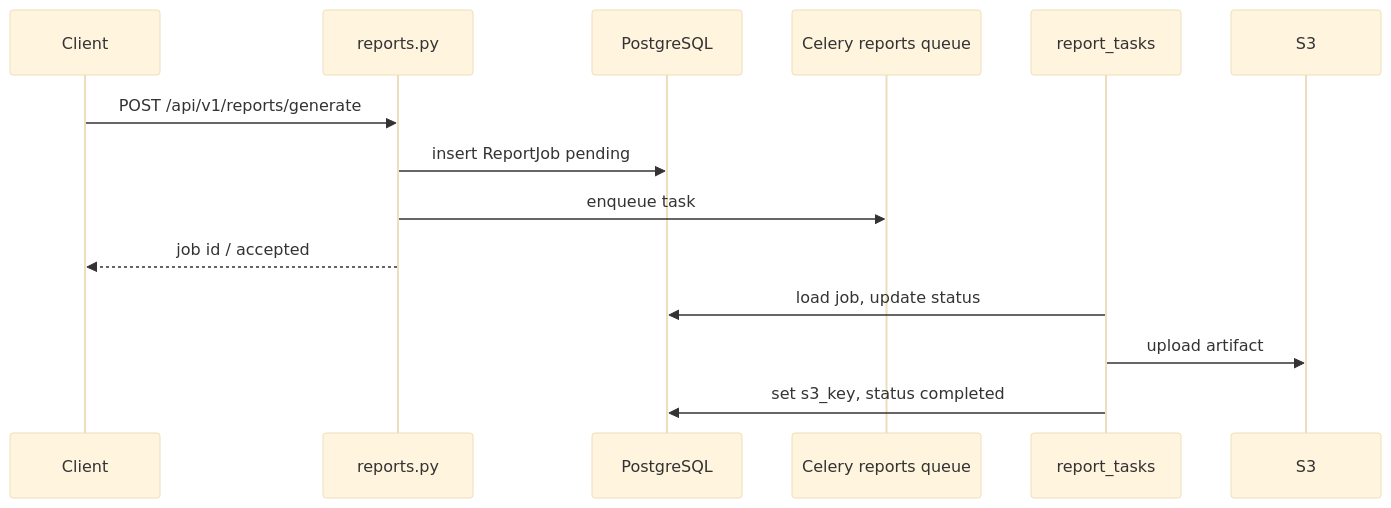
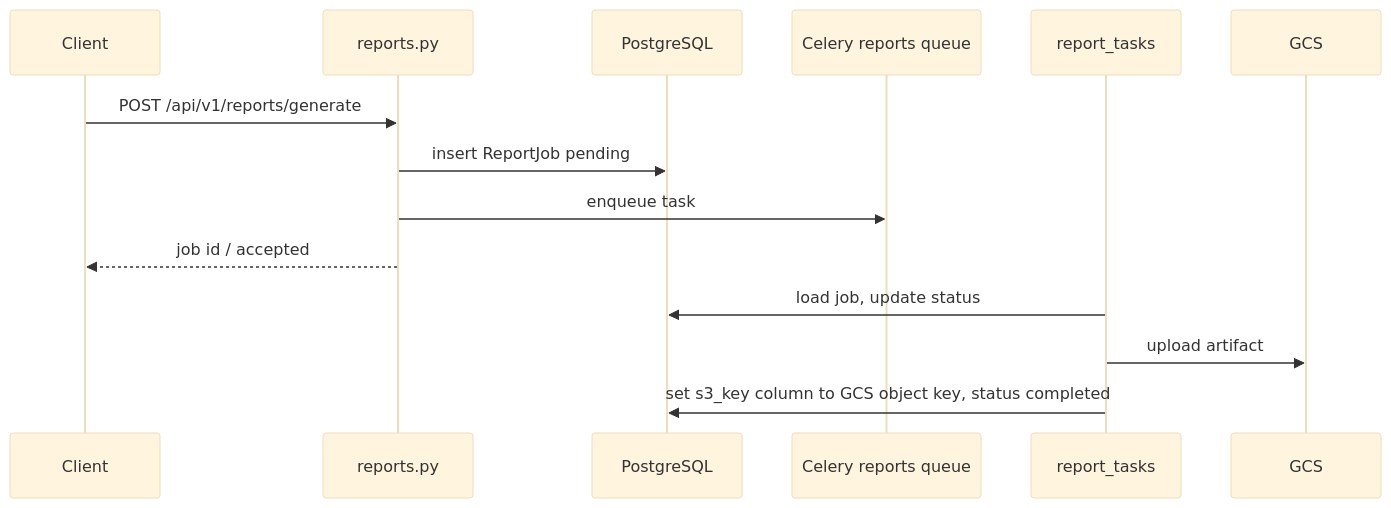
Before and after one commit to anulsasidharan/AI-Video-Intelligence-Content-Moderation-Platform: the second of 2 diagrams in docs/LDL.md, drawn with Mermaid (base theme). The commit also changed other lines of this file and 49 other files, not shown here.

````diff
--- a/docs/LDL.md
+++ b/docs/LDL.md
@@ -173,17 +173,17 @@
 ```mermaid
 sequenceDiagram
   participant C as Client
   participant R as reports.py
   participant DB as PostgreSQL
   participant Q as Celery reports queue
   participant W as report_tasks
-  participant S3 as S3
+  participant GCS as GCS
 
   C->>R: POST /api/v1/reports/generate
   R->>DB: insert ReportJob pending
   R->>Q: enqueue task
   R-->>C: job id / accepted
   W->>DB: load job, update status
-  W->>S3: upload artifact
-  W->>DB: set s3_key, status completed
+  W->>GCS: upload artifact
+  W->>DB: set s3_key column to GCS object key, status completed
 ```
````
